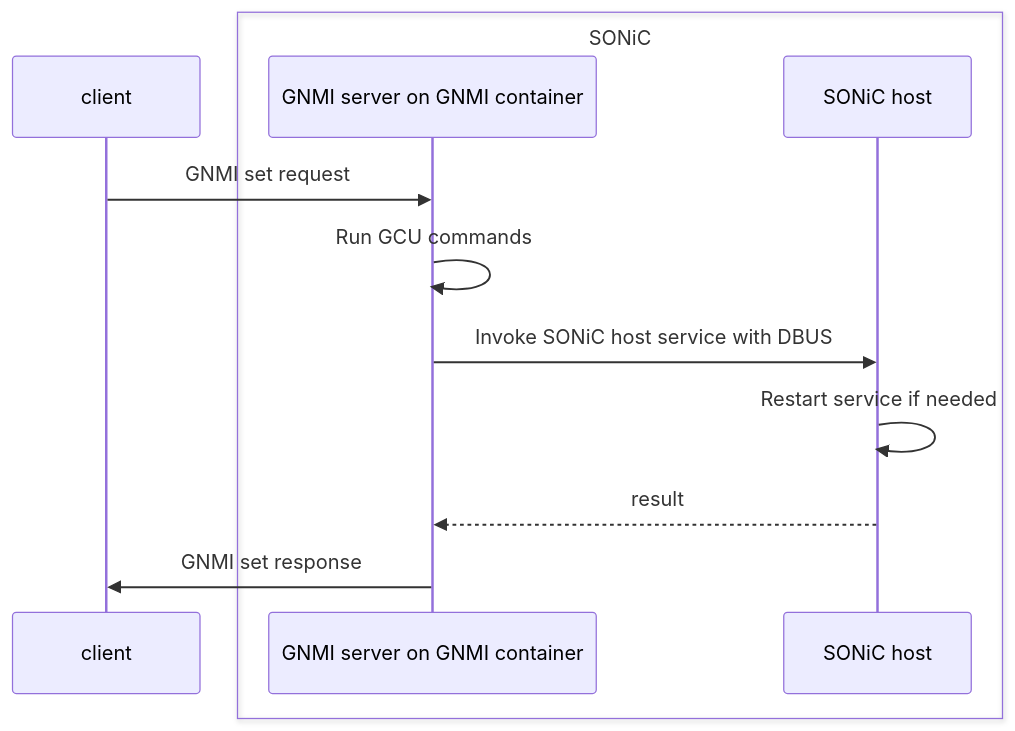
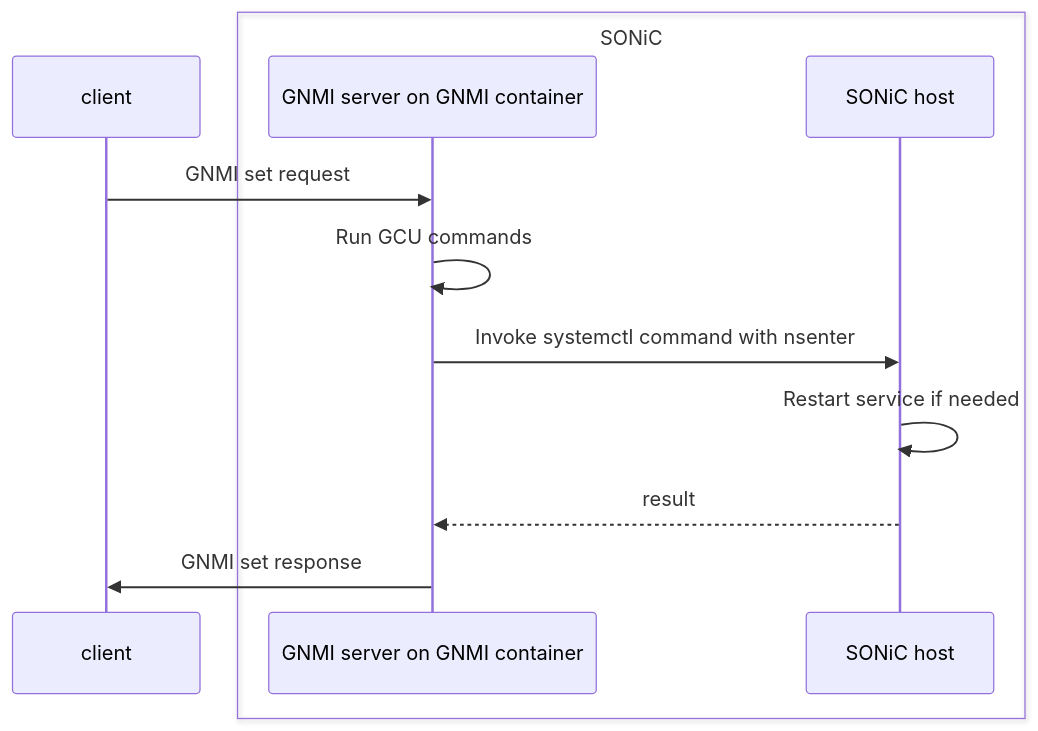
The diagram in gnmi_new_mode.md (ganglyu/mermaid), drawn with Mermaid before and after one commit.

````diff
--- a/gnmi_new_mode.md
+++ b/gnmi_new_mode.md
@@ -1,14 +1,14 @@
 ```mermaid
 sequenceDiagram
     participant client
     box SONiC
         participant GNMI server on GNMI container
         participant SONiC host
     end
     client->>GNMI server on GNMI container: GNMI set request
     GNMI server on GNMI container->>GNMI server on GNMI container: Run GCU commands
-    GNMI server on GNMI container->>SONiC host: Invoke SONiC host service with DBUS
+    GNMI server on GNMI container->>SONiC host: Invoke systemctl command with nsenter
     SONiC host->>SONiC host: Restart service if needed
     SONiC host-->>GNMI server on GNMI container: result
     GNMI server on GNMI container->>client: GNMI set response
 ```
````
